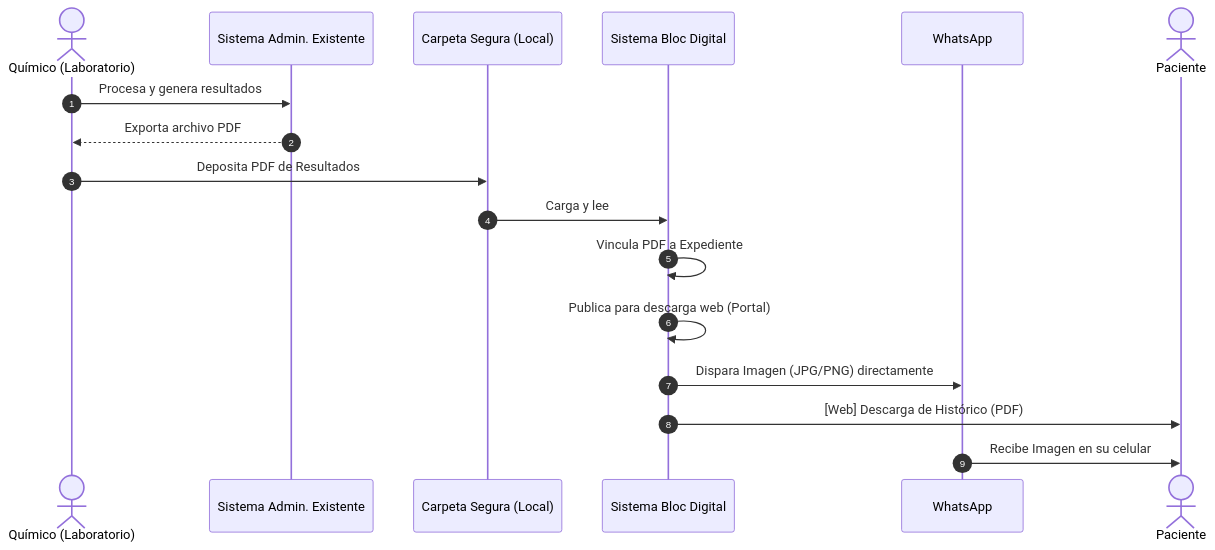
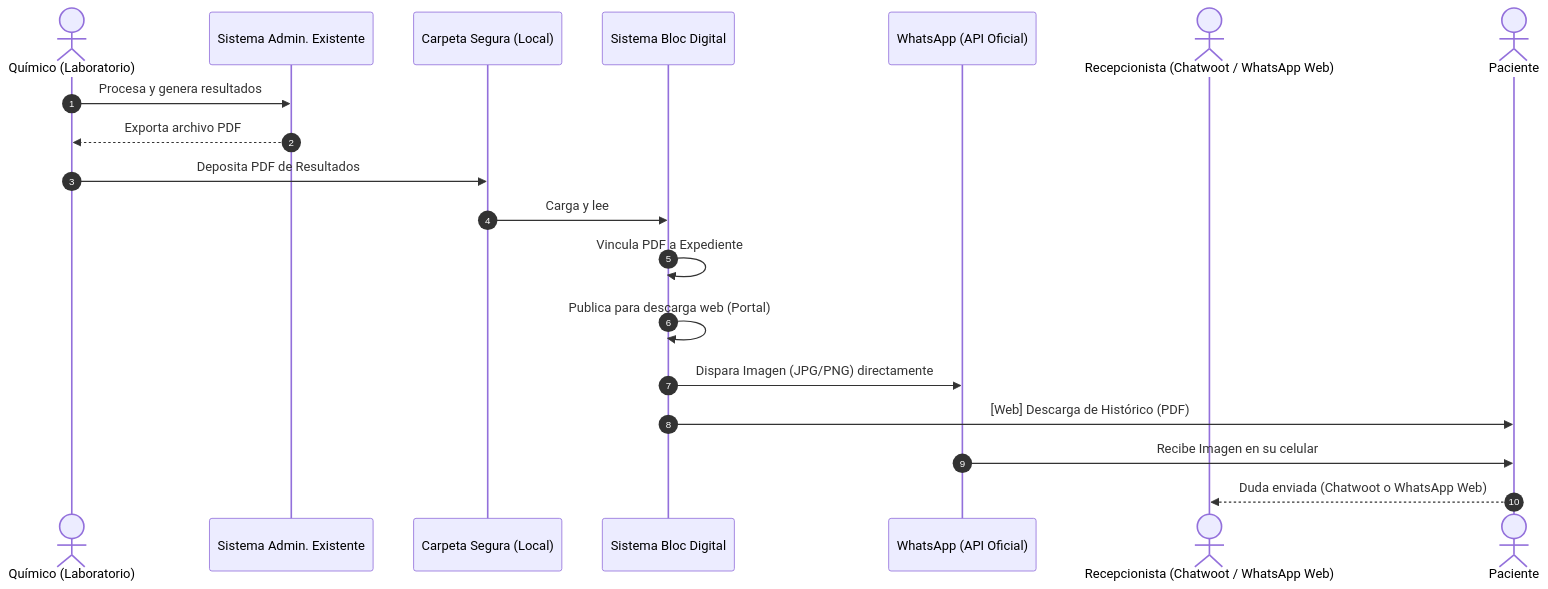
One commit to cbenavides/caelitandem_home changed the third of 3 diagrams in portafolio-dev-2026/blocklabgd/contrato-laesh/v1.0/diagramas1.0/diagramas_secuencia_monitos.md. Above: the diagram before and after it, drawn with Mermaid. The commit also changed other lines of this file and 15 other files, not shown here.

````diff
--- a/portafolio-dev-2026/blocklabgd/contrato-laesh/v1.0/diagramas1.0/diagramas_secuencia_monitos.md
+++ b/portafolio-dev-2026/blocklabgd/contrato-laesh/v1.0/diagramas1.0/diagramas_secuencia_monitos.md
@@ -42,20 +42,22 @@
 ```mermaid
 sequenceDiagram
     autonumber
     actor Quimico as Químico (Laboratorio)
     participant LIS as Sistema Admin. Existente
     participant Sync as Carpeta Segura (Local)
     participant Sistema as Sistema Bloc Digital
-    participant WA as WhatsApp
+    participant WA as WhatsApp (API Oficial)
+    actor Recepcion as Recepcionista (Chatwoot / WhatsApp Web)
     actor Paciente as Paciente
 
     Quimico->>LIS: Procesa y genera resultados
     LIS-->>Quimico: Exporta archivo PDF
     Quimico->>Sync: Deposita PDF de Resultados
     Sync->>Sistema: Carga y lee #Folio del archivo
     Sistema->>Sistema: Vincula PDF a Expediente
     Sistema->>Sistema: Publica para descarga web (Portal)
     Sistema->>WA: Dispara Imagen (JPG/PNG) directamente
     Sistema->>Paciente: [Web] Descarga de Histórico (PDF)
     WA->>Paciente: Recibe Imagen en su celular
+    Paciente-->>Recepcion: Duda enviada (Chatwoot o WhatsApp Web)
 ```
````
